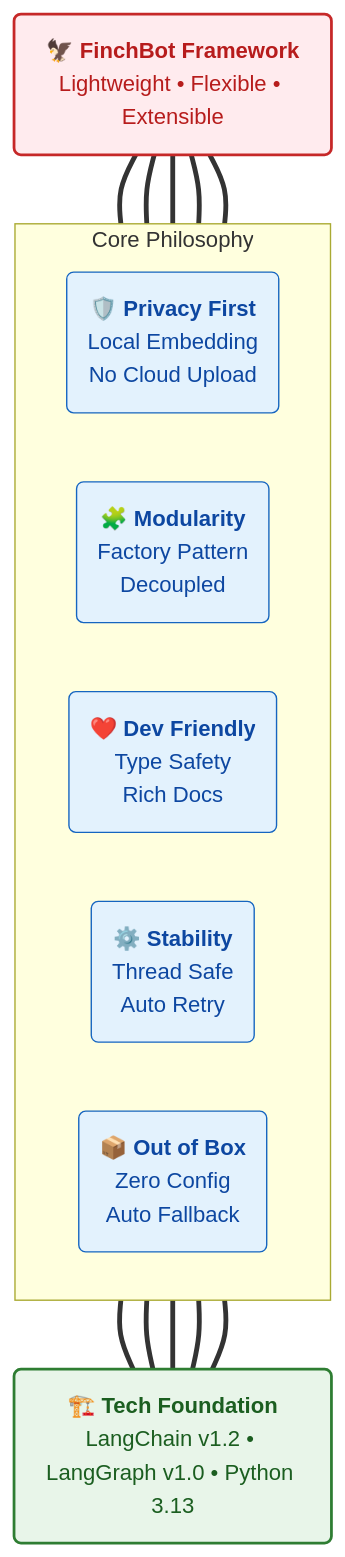
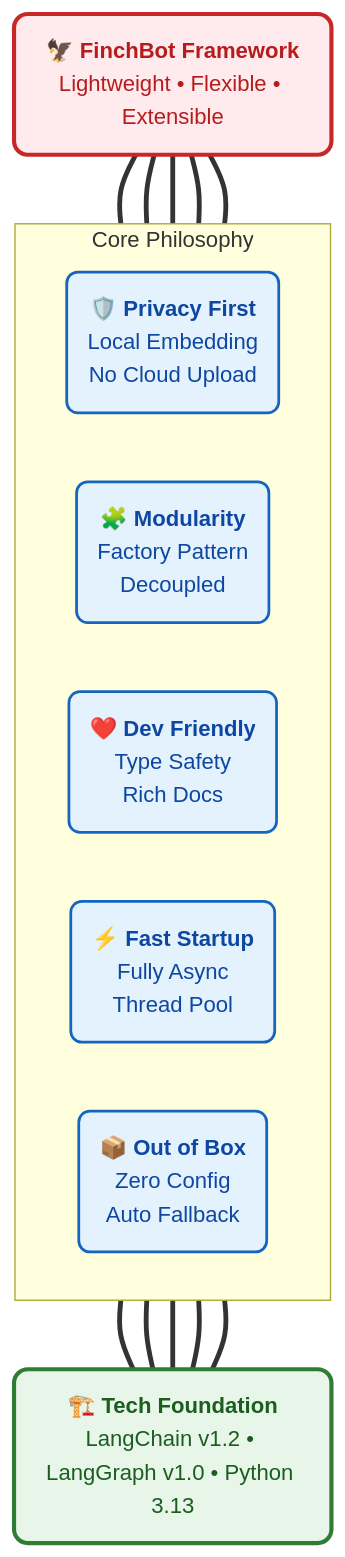
Before and after one commit to xt765/FinchBot: the first of 6 diagrams in docs/en-US/blog/finchbot-flexible-ai-agent-framework.md, drawn with Mermaid. The commit also changed other lines of this file and 18 other files, not shown here.

First line of the commit message:
docs: 简化架构图并删除所有mermaid图中的表情包

````diff
--- a/docs/en-US/blog/finchbot-flexible-ai-agent-framework.md
+++ b/docs/en-US/blog/finchbot-flexible-ai-agent-framework.md
@@ -63,27 +63,27 @@
 ```mermaid
 graph BT
-    %% Styles
-    classDef roof fill:#ffebee,stroke:#c62828,stroke-width:2px,color:#b71c1c;
-    classDef pillar fill:#e3f2fd,stroke:#1565c0,stroke-width:1px,color:#0d47a1;
-    classDef base fill:#e8f5e9,stroke:#2e7d32,stroke-width:2px,color:#1b5e20;
+    %% Style Definitions
+    classDef roof fill:#ffebee,stroke:#c62828,stroke-width:3px,color:#b71c1c,rx:10,ry:10;
+    classDef pillar fill:#e3f2fd,stroke:#1565c0,stroke-width:2px,color:#0d47a1,rx:8,ry:8;
+    classDef base fill:#e8f5e9,stroke:#2e7d32,stroke-width:3px,color:#1b5e20,rx:10,ry:10;
 
     %% Roof
     Roof("🦅 <b>FinchBot Framework</b><br/>Lightweight • Flexible • Extensible"):::roof
 
     %% Pillars
     subgraph Pillars [Core Philosophy]
         direction LR
         P("🛡️ <b>Privacy First</b><br/>Local Embedding<br/>No Cloud Upload"):::pillar
         M("🧩 <b>Modularity</b><br/>Factory Pattern<br/>Decoupled"):::pillar
         D("❤️ <b>Dev Friendly</b><br/>Type Safety<br/>Rich Docs"):::pillar
-        S("⚙️ <b>Stability</b><br/>Thread Safe<br/>Auto Retry"):::pillar
+        S("⚡ <b>Fast Startup</b><br/>Fully Async<br/>Thread Pool"):::pillar
         O("📦 <b>Out of Box</b><br/>Zero Config<br/>Auto Fallback"):::pillar
     end
 
     %% Foundation
     Base("🏗️ <b>Tech Foundation</b><br/>LangChain v1.2 • LangGraph v1.0 • Python 3.13"):::base
 
     %% Connections
     Base === P & M & D & S & O
     P & M & D & S & O === Roof
 ```
````
